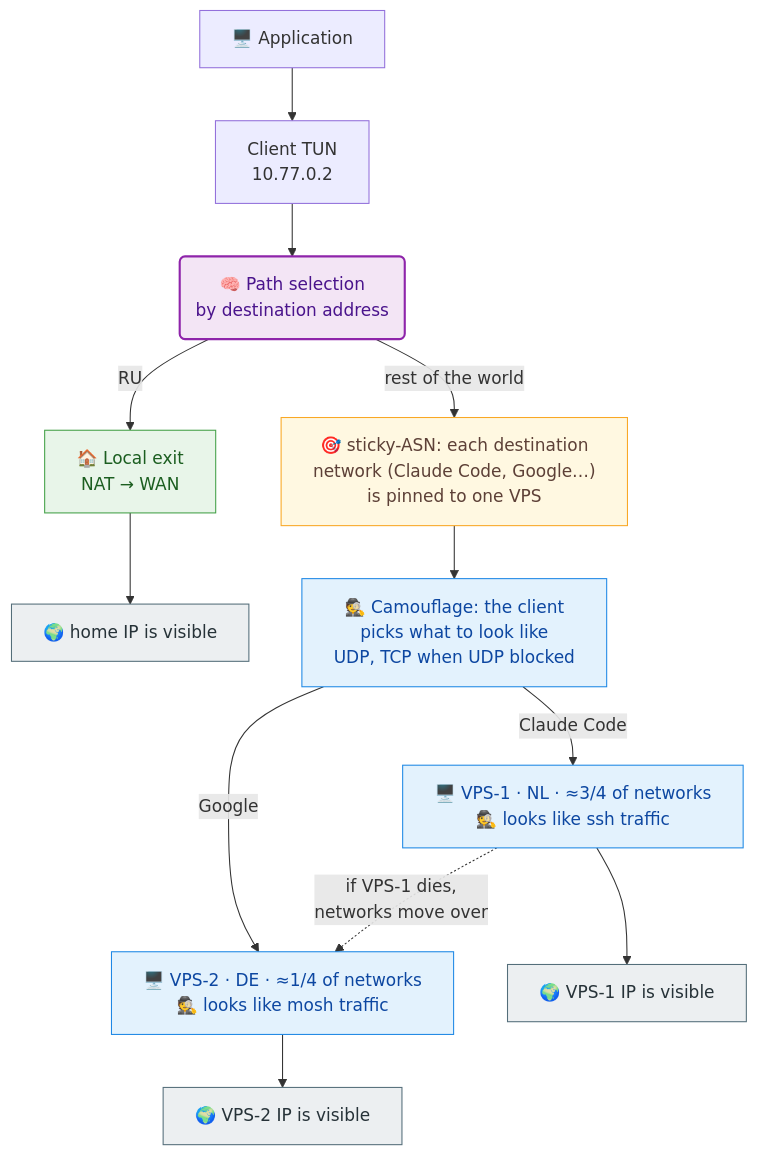
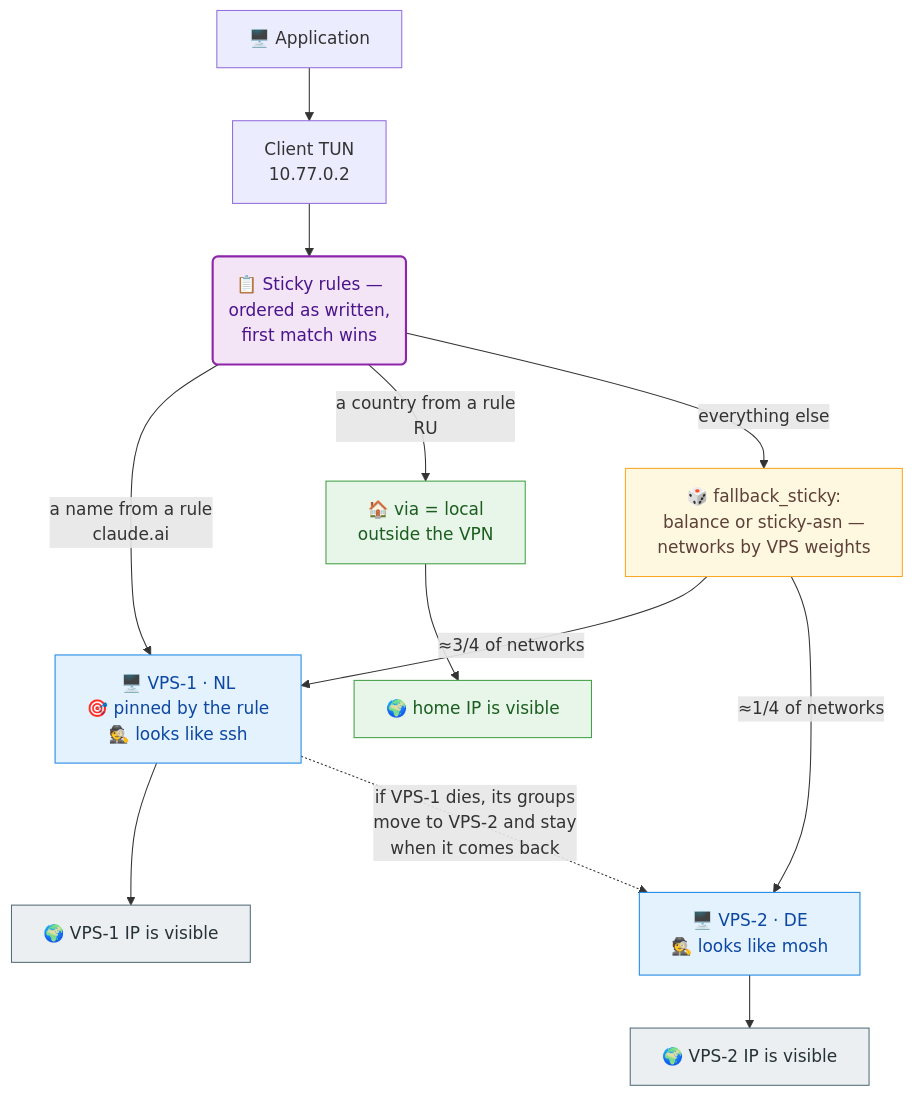
One commit to vadv/svpn changed the diagram in README.en.md. Above: the diagram before and after it, drawn with Mermaid. The commit also changed other lines of this file and 1 other file, not shown here.

Commit message:
docs: redraw the README diagrams for the sticky model
The old picture showed local-exits and sticky-asn as the mechanism; the
new one shows the reality: ordered sticky rules (first match wins) with
via = local or a pinned VPS, the fallback for everything else, and the
no-snap-back failover. Symmetric terminal nodes for all three outcomes.

````diff
--- a/README.en.md
+++ b/README.en.md
@@ -9,25 +9,25 @@
 ```mermaid
 %%{init: {"flowchart": {"wrappingWidth": 280}}}%%
 flowchart TD
     app["🖥️ Application"] --> tun["Client TUN<br/>10.77.0.2"]
-    tun --> brain("🧠 Path selection<br/>by destination address")
-    brain -->|"RU"| local["🏠 Local exit<br/>NAT → WAN"]
-    local --> home["🌍 home IP is visible"]
-    brain -->|"rest of the world"| asn["🎯 sticky-ASN: each destination<br/>network (Claude Code, Google…)<br/>is pinned to one VPS"]
-    asn --> mimic["🕵️ Camouflage: the client<br/>picks what to look like<br/>UDP, TCP when UDP blocked"]
-    mimic -->|"Claude Code"| vps1["🖥️ VPS-1 · NL · ≈3/4 of networks<br/>🕵️ looks like ssh traffic"]
-    mimic -->|"Google"| vps2["🖥️ VPS-2 · DE · ≈1/4 of networks<br/>🕵️ looks like mosh traffic"]
+    tun --> rules("📋 Sticky rules —<br/>ordered as written,<br/>first match wins")
+    rules -->|"a name from a rule<br/>claude.ai"| vps1["🖥️ VPS-1 · NL<br/>🎯 pinned by the rule<br/>🕵️ looks like ssh"]
+    rules -->|"a country from a rule<br/>RU"| local2["🏠 via = local<br/>outside the VPN"]
+    local2 --> home["🌍 home IP is visible"]
+    rules -->|"everything else"| fb["🎲 fallback_sticky:<br/>balance or sticky-asn —<br/>networks by VPS weights"]
+    fb -->|"≈3/4 of networks"| vps1
+    fb -->|"≈1/4 of networks"| vps2["🖥️ VPS-2 · DE<br/>🕵️ looks like mosh"]
     vps1 --> net1["🌍 VPS-1 IP is visible"]
     vps2 --> net2["🌍 VPS-2 IP is visible"]
-    vps1 -.->|"if VPS-1 dies,<br/>networks move over"| vps2
-    classDef brain fill:#f3e5f5,stroke:#8e24aa,stroke-width:2px,color:#4a148c
+    vps1 -.->|"if VPS-1 dies, its groups<br/>move to VPS-2 and stay<br/>when it comes back"| vps2
+    classDef rules fill:#f3e5f5,stroke:#8e24aa,stroke-width:2px,color:#4a148c
     classDef local fill:#e8f5e9,stroke:#43a047,color:#1b5e20
-    classDef asn fill:#fff8e1,stroke:#f9a825,color:#5d4037
+    classDef fb fill:#fff8e1,stroke:#f9a825,color:#5d4037
     classDef vpn fill:#e3f2fd,stroke:#1e88e5,color:#0d47a1
     classDef edge fill:#eceff1,stroke:#546e7a,color:#263238
-    class brain brain
-    class local local
-    class asn asn
-    class mimic,vps1,vps2 vpn
-    class home,net1,net2 edge
+    class rules rules
+    class local2,home local
+    class fb fb
+    class vps1,vps2 vpn
+    class net1,net2 edge
 ```
````
